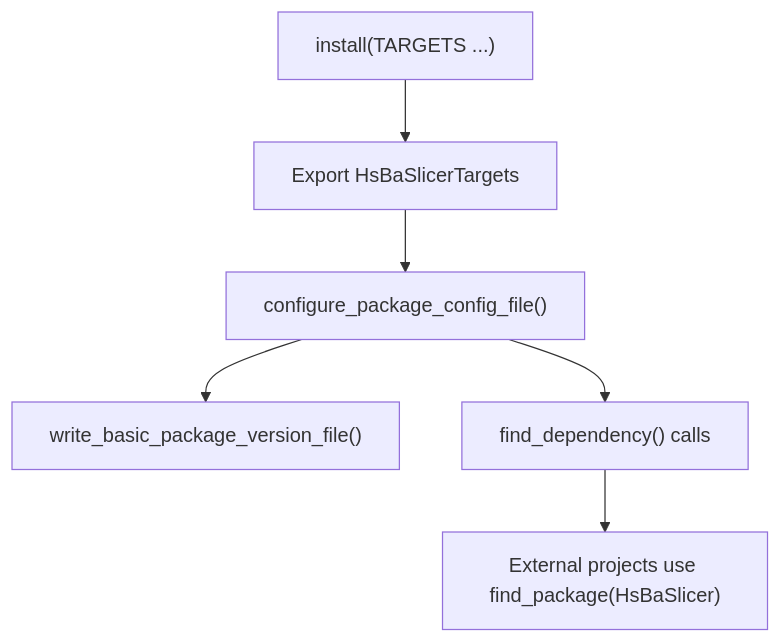
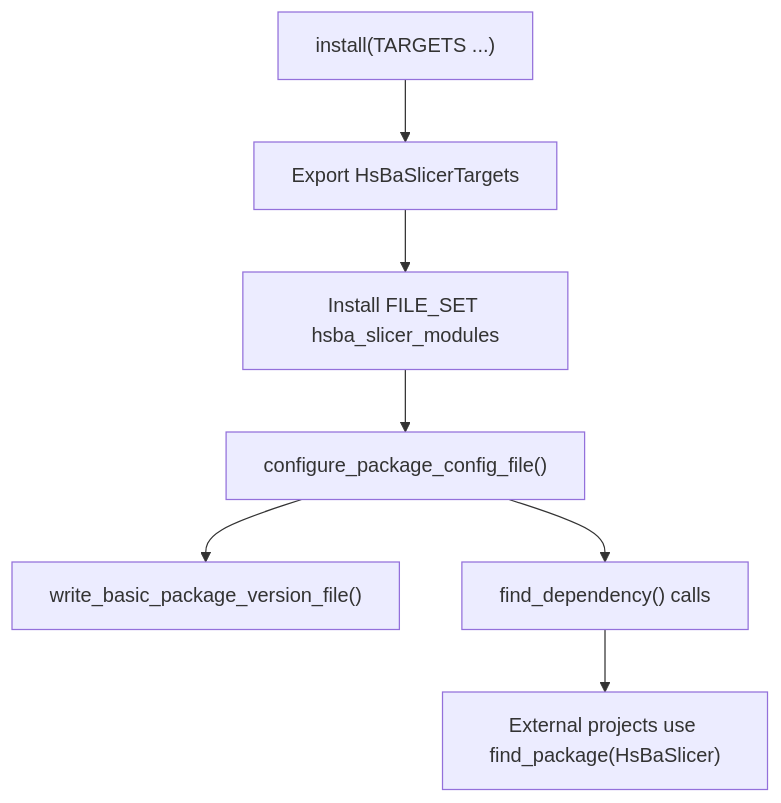
The seventh of 18 diagrams in .qoder/repowiki/en/content/Getting Started/Multi-Platform Build System.md (hsmbanlance/HsBaSlicer), drawn with Mermaid before and after one commit. The commit also changed other lines of this file and 19 other files, not shown here.

````diff
--- a/.qoder/repowiki/en/content/Getting Started/Multi-Platform Build System.md
+++ b/.qoder/repowiki/en/content/Getting Started/Multi-Platform Build System.md
@@ -252,8 +327,9 @@
 ```mermaid
 flowchart TD
 Install["install(TARGETS ...)"] --> Export["Export HsBaSlicerTargets"]
-Export --> Config["configure_package_config_file()"]
+Export --> FileSet["Install FILE_SET hsba_slicer_modules"]
+FileSet --> Config["configure_package_config_file()"]
 Config --> Version["write_basic_package_version_file()"]
 Config --> FindDep["find_dependency() calls"]
 FindDep --> Usage["External projects use find_package(HsBaSlicer)"]
 ```
````
